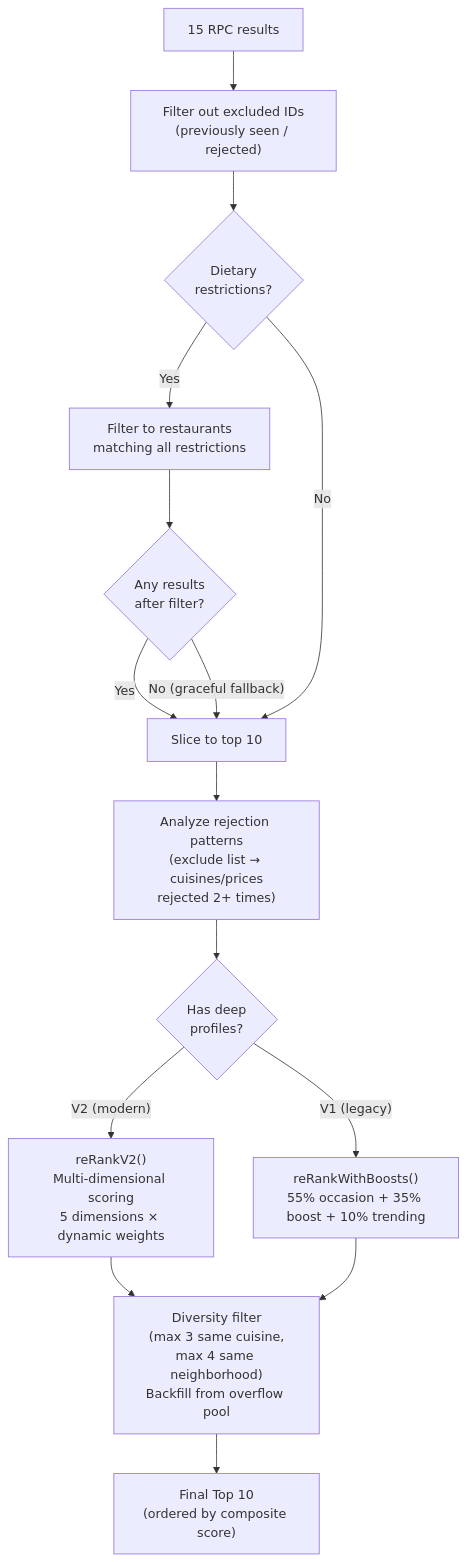
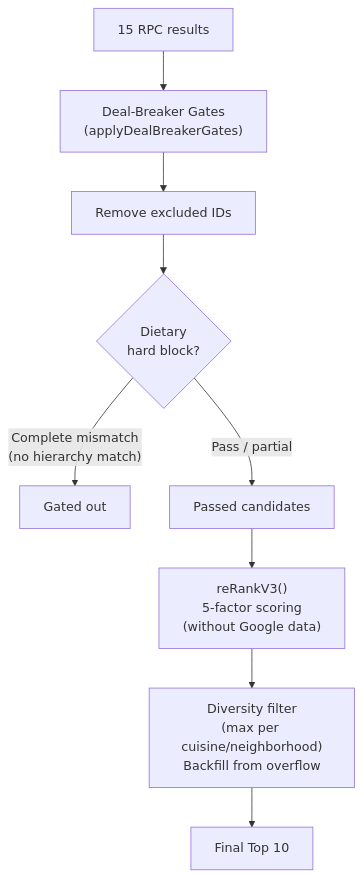
The fifth of 9 diagrams in docs/donde-match-design.md (aacrit/dondeBackend), drawn with Mermaid before and after one commit. The commit also changed other lines of this file and 1 other file, not shown here.

First line of the commit message:
docs: V3.0 Donde Match design document + scoring test harness

````diff
--- a/docs/donde-match-design.md
+++ b/docs/donde-match-design.md
@@ -225,29 +227,13 @@
 ```mermaid
 flowchart TD
     RPC["15 RPC results"]
-
-    RPC --> EXCLUDE["Filter out excluded IDs\n(previously seen / rejected)"]
-    EXCLUDE --> DIETARY{"Dietary\nrestrictions?"}
-
-    DIETARY -->|"Yes"| DFILT["Filter to restaurants\nmatching all restrictions"]
-    DFILT --> DFBACK{"Any results\nafter filter?"}
-    DFBACK -->|"Yes"| SLICE
-    DFBACK -->|"No (graceful fallback)"| SLICE
-    DIETARY -->|"No"| SLICE
-
-    SLICE["Slice to top 10"]
-
-    SLICE --> ANALYZE["Analyze rejection patterns\n(exclude list → cuisines/prices\nrejected 2+ times)"]
-
-    ANALYZE --> VERSION{"Has deep\nprofiles?"}
-
-    VERSION -->|"V2 (modern)"| V2["reRankV2()\nMulti-dimensional scoring\n5 dimensions × dynamic weights"]
-    VERSION -->|"V1 (legacy)"| V1["reRankWithBoosts()\n55% occasion + 35% boost + 10% trending"]
-
-    V2 --> DIVERSE
-    V1 --> DIVERSE
-
-    DIVERSE["Diversity filter\n(max 3 same cuisine,\nmax 4 same neighborhood)\nBackfill from overflow pool"]
-
-    DIVERSE --> TOP10["Final Top 10\n(ordered by composite score)"]
+    RPC --> GATES["Deal-Breaker Gates\n(applyDealBreakerGates)"]
+    GATES --> EXCLUDED["Remove excluded IDs"]
+    EXCLUDED --> DIETARY{"Dietary\nhard block?"}
+    DIETARY -->|"Complete mismatch\n(no hierarchy match)"| BLOCK["Gated out"]
+    DIETARY -->|"Pass / partial"| PASSED
+    PASSED["Passed candidates"]
+    PASSED --> RANK["reRankV3()\n5-factor scoring\n(without Google data)"]
+    RANK --> DIVERSE["Diversity filter\n(max per cuisine/neighborhood)\nBackfill from overflow"]
+    DIVERSE --> TOP10["Final Top 10"]
 ```
````
